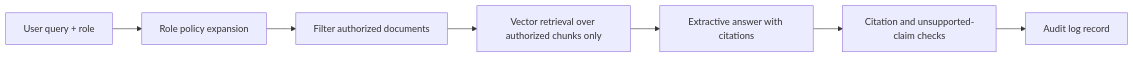
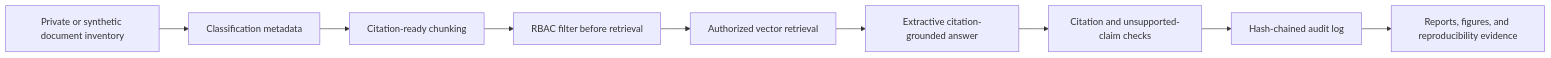
One commit to Hirakhyzer/secure-enterprise-ai-knowledge-assistant changed the diagram in README.md. Above: the diagram before and after it, drawn with Mermaid. The commit also changed other lines of this file, not shown here.

````diff
--- a/README.md
+++ b/README.md
@@ -99,9 +53,11 @@
 ```mermaid
 flowchart LR
-  A[User query + role] --> B[Role policy expansion]
-  B --> C[Filter authorized documents]
-  C --> D[Vector retrieval over authorized chunks only]
-  D --> E[Extractive answer with citations]
-  E --> F[Citation and unsupported-claim checks]
-  F --> G[Audit log record]
+  A[Private or synthetic document inventory] --> B[Classification metadata]
+  B --> C[Citation-ready chunking]
+  C --> D[RBAC filter before retrieval]
+  D --> E[Authorized vector retrieval]
+  E --> F[Extractive citation-grounded answer]
+  F --> G[Citation and unsupported-claim checks]
+  G --> H[Hash-chained audit log]
+  H --> I[Reports, figures, and reproducibility evidence]
 ```
````
